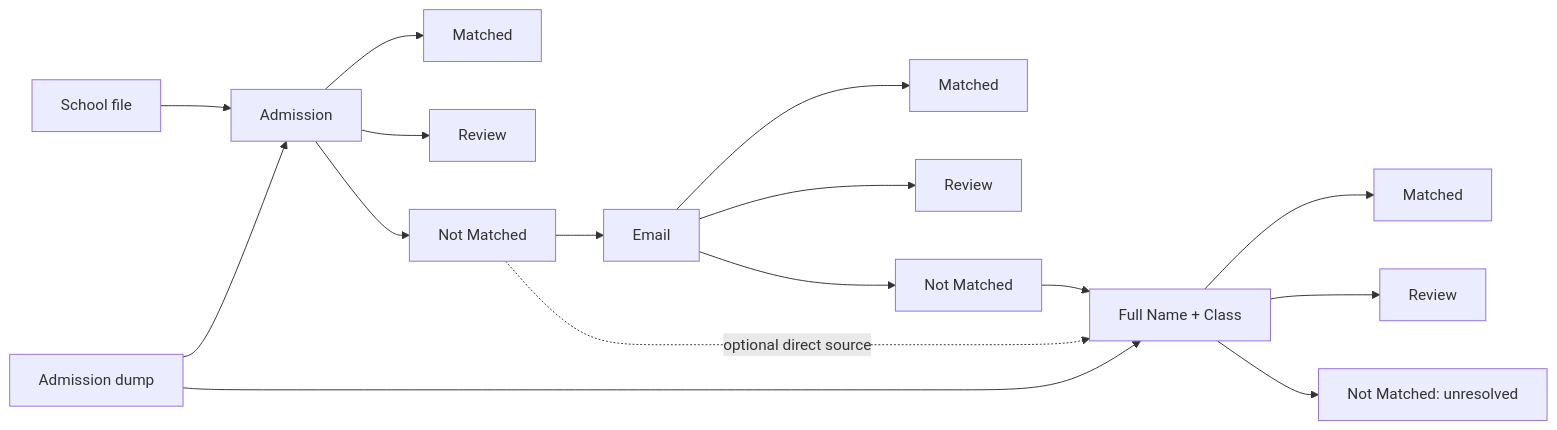
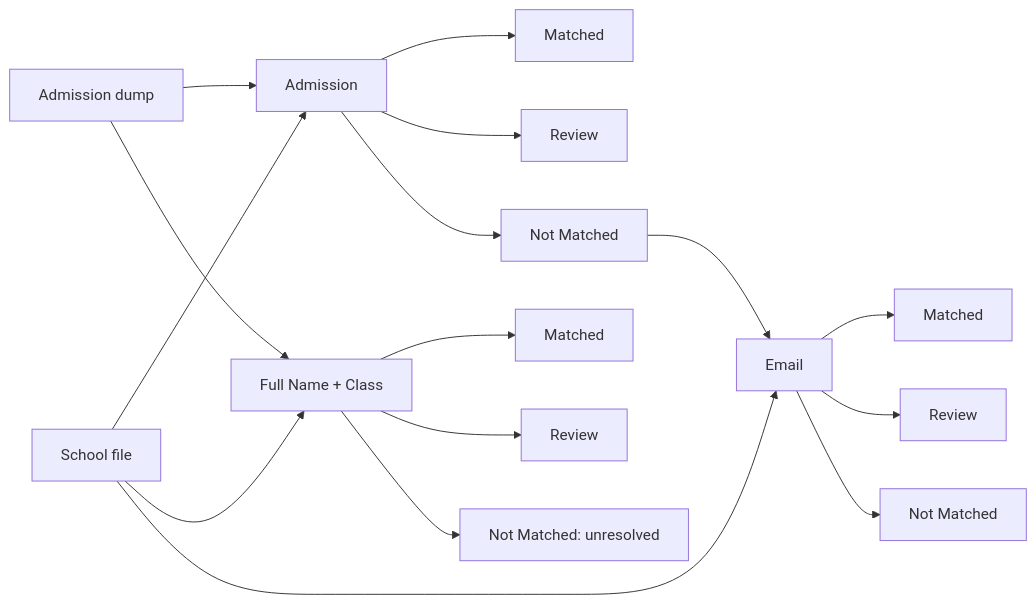
Before and after one commit to shivamMittal088816/python-automation: the second of 2 diagrams in docs/MAPPING_WORKFLOW.md, drawn with Mermaid. The commit also changed other lines of this file and 60 other files, not shown here.

First line of the commit message:
Refactor Email and Full Name Class Mapping Pages

````diff
--- a/docs/MAPPING_WORKFLOW.md
+++ b/docs/MAPPING_WORKFLOW.md
@@ -139,18 +136,18 @@
 ```mermaid
 flowchart LR
     S["School file"] --> A["Admission"]
     D["Admission dump"] --> A
     A --> AM["Matched"]
     A --> AR["Review"]
     A --> AN["Not Matched"]
-    AN --> E["Email"]
+    S --> E["Email"]
+    AN --> E
     E --> EM["Matched"]
     E --> ER["Review"]
     E --> EN["Not Matched"]
-    EN --> F["Full Name + Class"]
-    AN -. "optional direct source" .-> F
+    S --> F["Full Name + Class"]
     D --> F
     F --> FM["Matched"]
     F --> FR["Review"]
     F --> FN["Not Matched: unresolved"]
 ```
````
